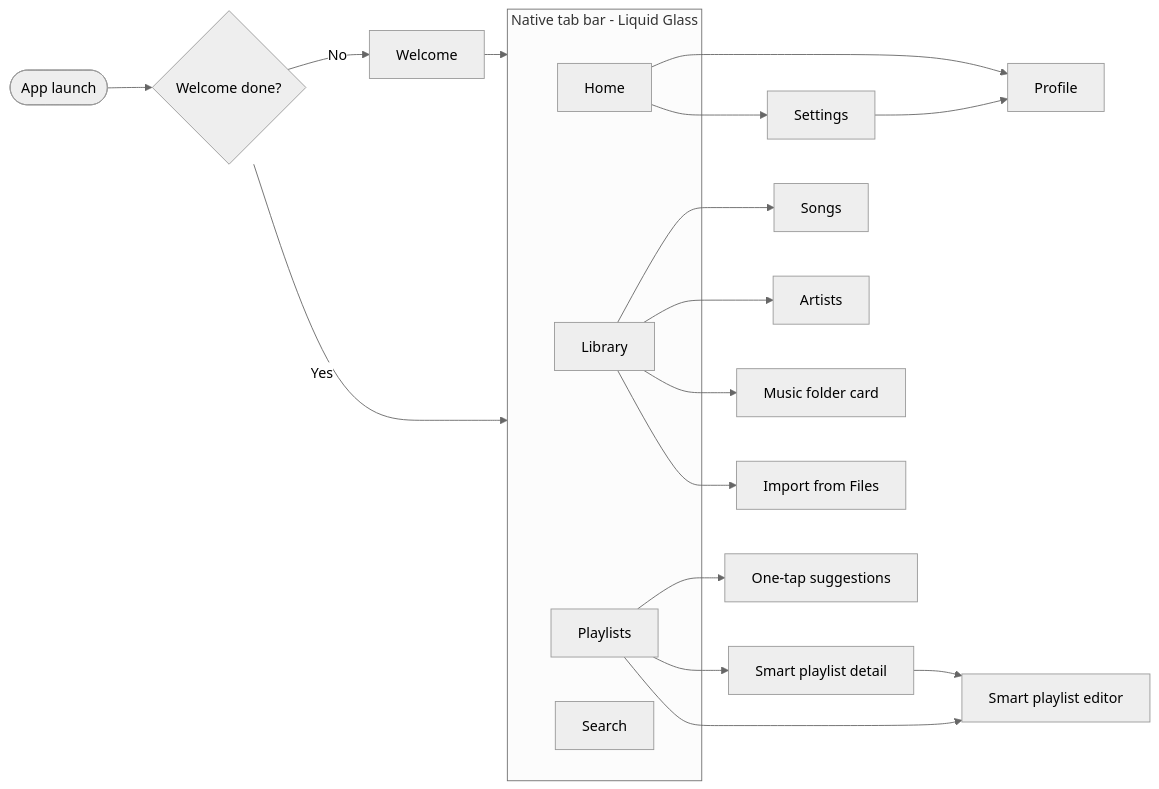
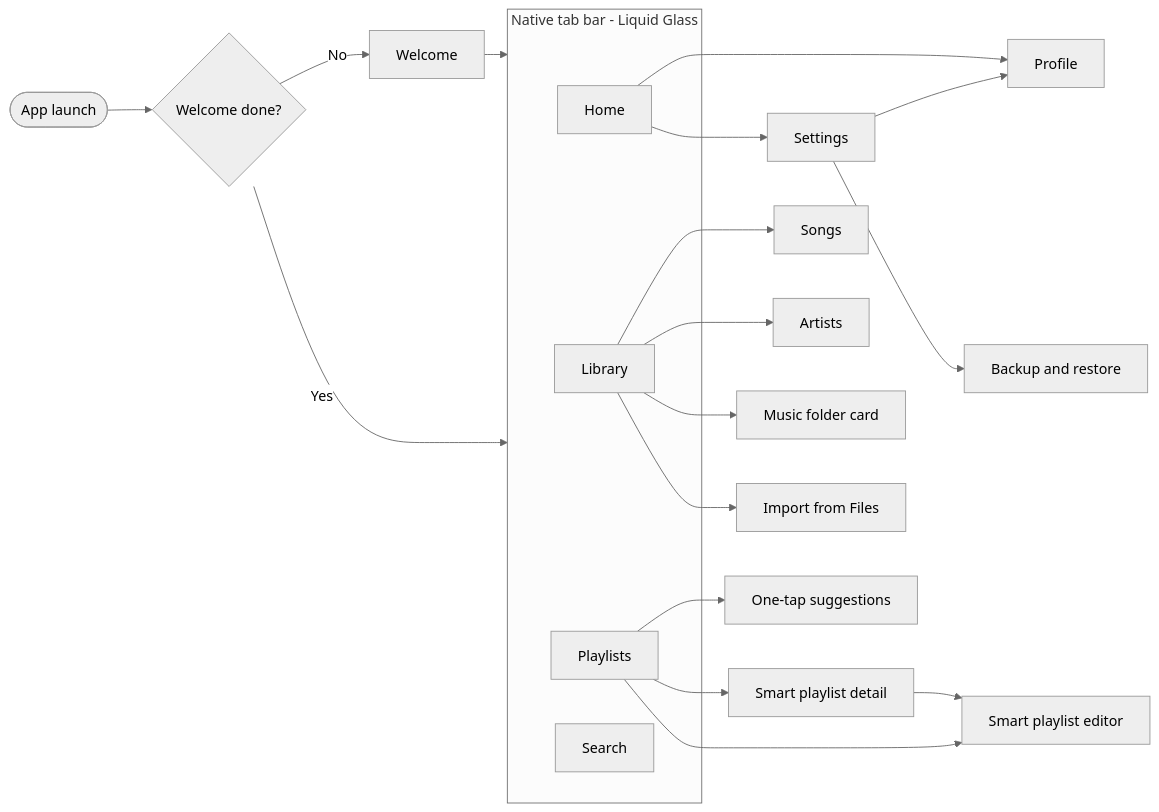
The first of 7 diagrams in docs/USER_FLOWS.md (sabrinasalomon/CoryMusic), drawn with Mermaid (neutral theme) before and after one commit. The commit also changed other lines of this file and 22 other files, not shown here.

First line of the commit message:
Add backup and restore

````diff
--- a/docs/USER_FLOWS.md
+++ b/docs/USER_FLOWS.md
@@ -7,28 +7,29 @@
 ```mermaid
 flowchart LR
     Launch([App launch]) --> First{Welcome done?}
     First -- No --> Welcome[Welcome]
     Welcome --> Tabs
     First -- Yes --> Tabs
 
     subgraph Tabs["Native tab bar - Liquid Glass"]
         T1[Home]
         T2[Library]
         T3[Playlists]
         T4[Search]
     end
 
     T1 --> Profile[Profile]
     T1 --> Settings[Settings]
     Settings --> Profile
+    Settings --> Backup[Backup and restore]
 
     T2 --> Songs[Songs]
     T2 --> Artists[Artists]
     T2 --> Folder[Music folder card]
     T2 --> Import[Import from Files]
 
     T3 --> Suggestions[One-tap suggestions]
     T3 --> Detail[Smart playlist detail]
     T3 --> Editor[Smart playlist editor]
     Detail --> Editor
 ```
````
